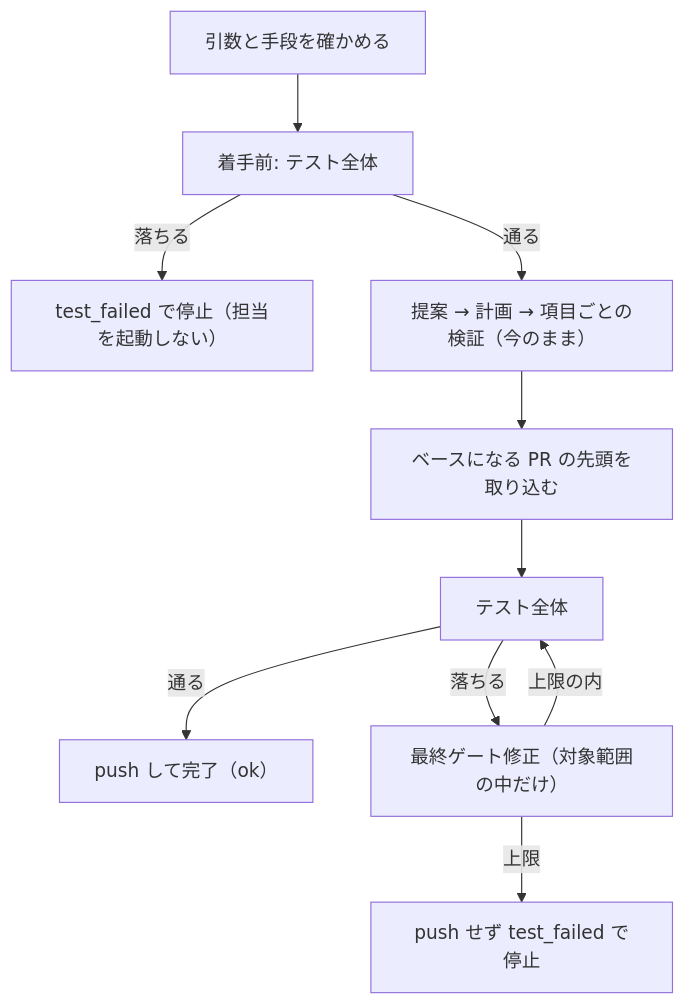
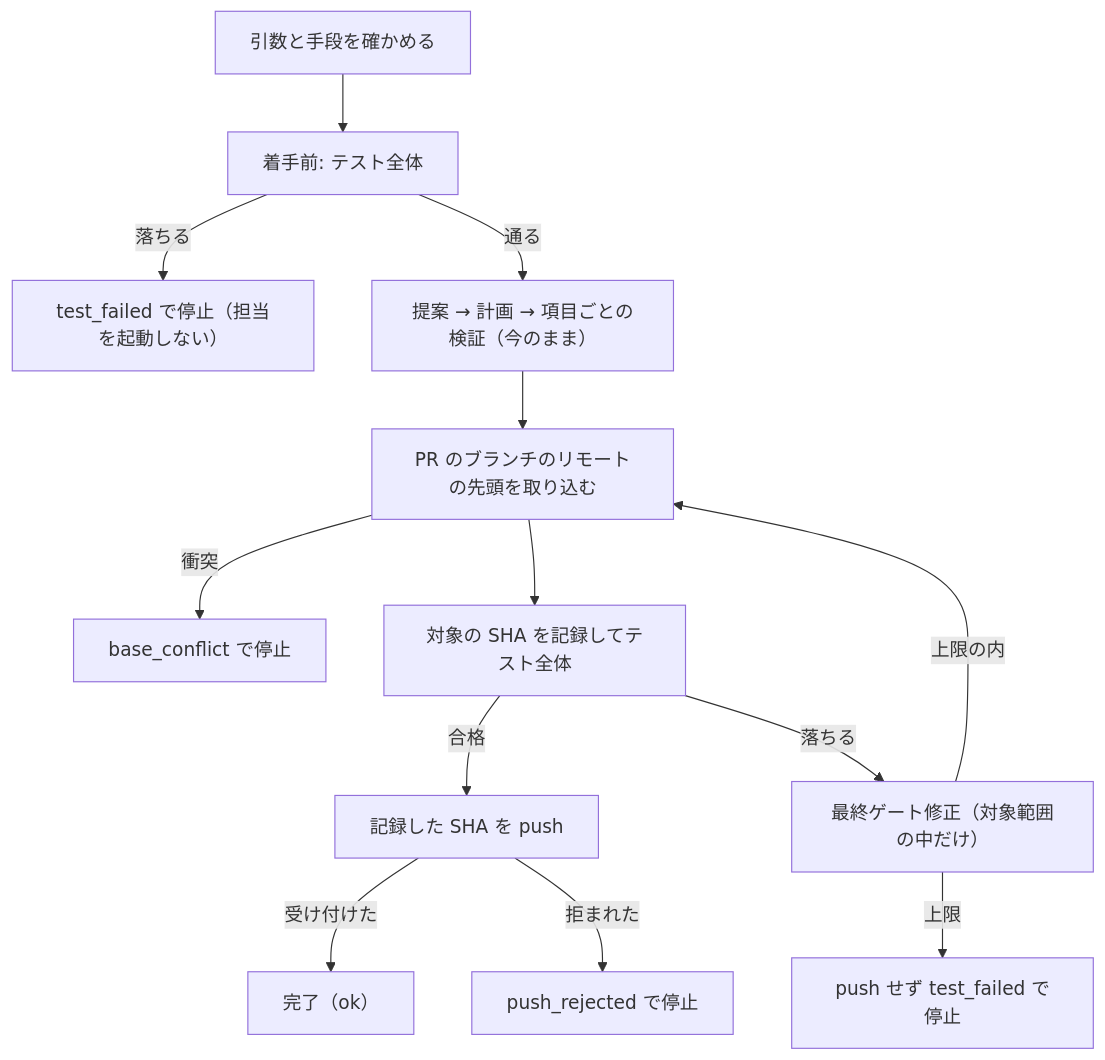
One commit to devbasex/ai-plugins changed the fourth of 4 diagrams in issues/issue-4566-design.md. Above: the diagram before and after it, drawn with Mermaid. The commit also changed other lines of this file and 3 other files, not shown here.

````diff
--- a/issues/issue-4566-design.md
+++ b/issues/issue-4566-design.md
@@ -181,12 +229,15 @@
 ```mermaid
 graph TB
     A["引数と手段を確かめる"] --> B["着手前: テスト全体"]
     B -->|落ちる| X["test_failed で停止（担当を起動しない）"]
     B -->|通る| P["提案 → 計画 → 項目ごとの検証（今のまま）"]
-    P --> S["ベースになる PR の先頭を取り込む"]
-    S --> W["テスト全体"]
-    W -->|通る| U["push して完了（ok）"]
+    P --> S["PR のブランチのリモートの先頭を取り込む"]
+    S -->|衝突| Z["base_conflict で停止"]
+    S --> W["対象の SHA を記録してテスト全体"]
+    W -->|合格| U["記録した SHA を push"]
+    U -->|受け付けた| O["完了（ok）"]
+    U -->|拒まれた| R["push_rejected で停止"]
     W -->|落ちる| F["最終ゲート修正（対象範囲の中だけ）"]
-    F -->|上限の内| W
+    F -->|上限の内| S
     F -->|上限| Y["push せず test_failed で停止"]
 ```
````
